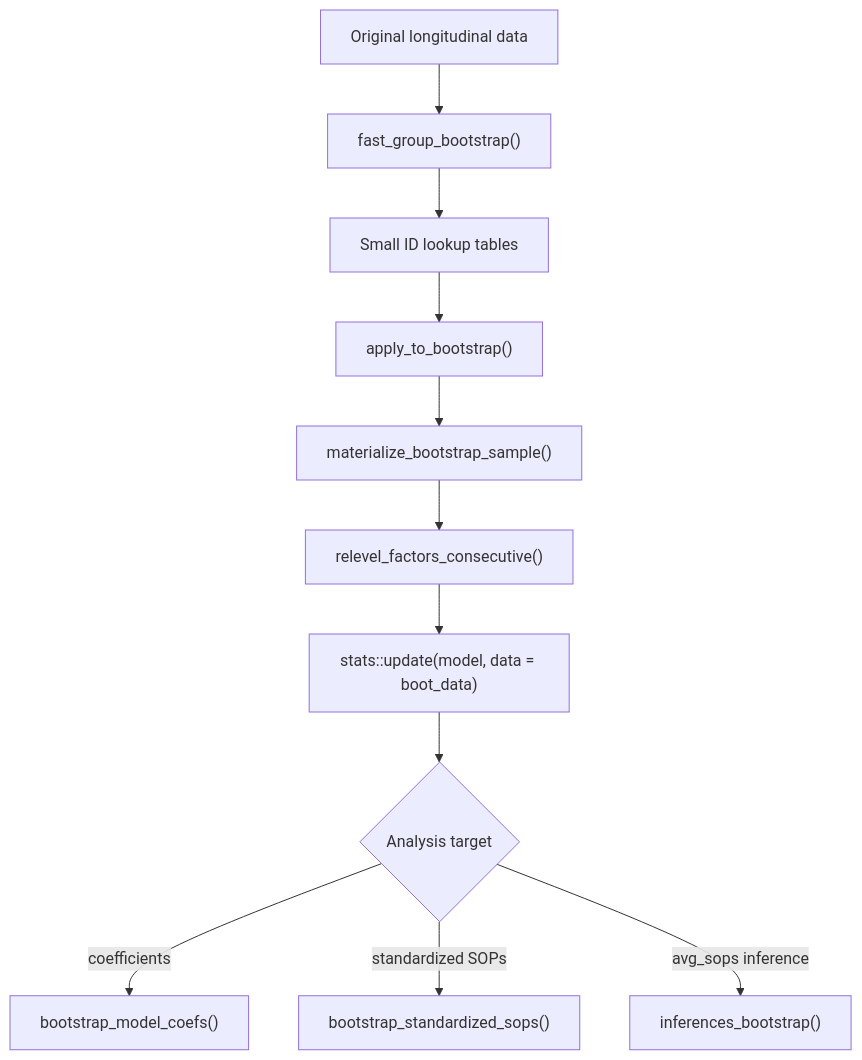
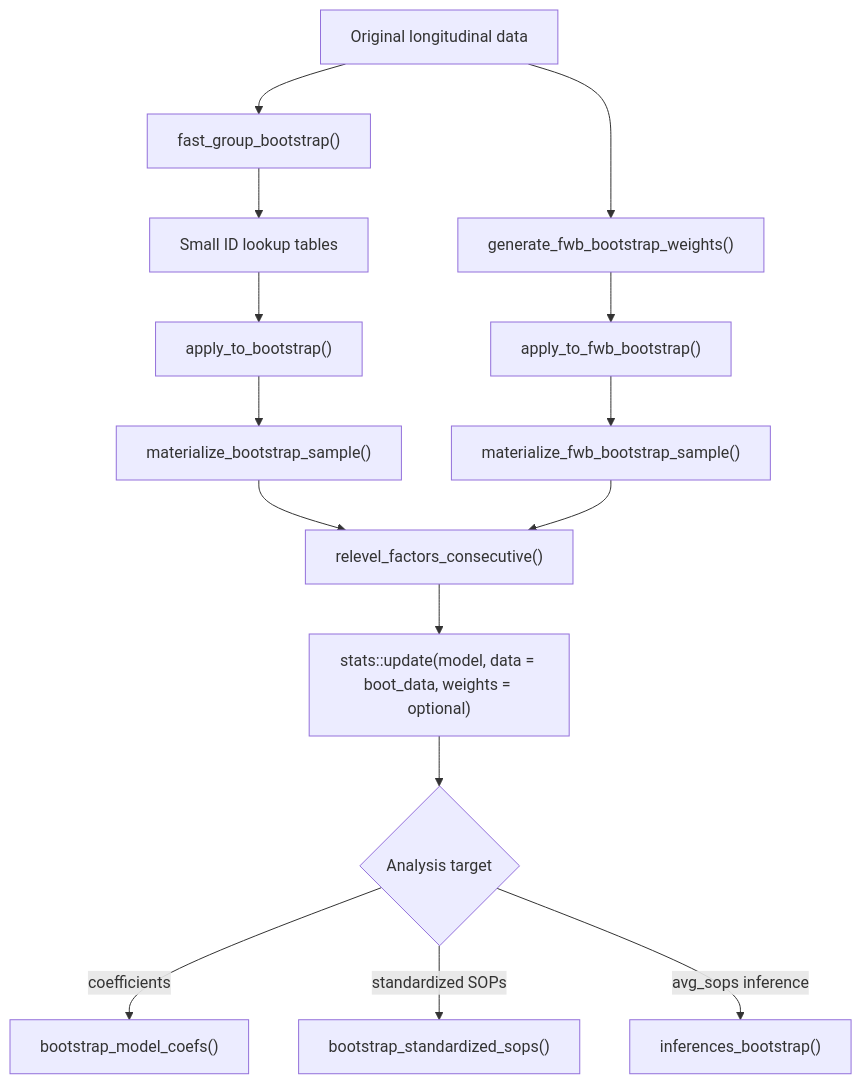
The sixth of 6 diagrams in ARCHITECTURE.md (scjohannes/markov.misc), drawn with Mermaid before and after one commit. The commit also changed other lines of this file and 14 other files, not shown here.

````diff
--- a/ARCHITECTURE.md
+++ b/ARCHITECTURE.md
@@ -456,13 +462,17 @@
 ```mermaid
 flowchart TD
   DATA["Original longitudinal data"] --> IDS["fast_group_bootstrap()"]
+  DATA --> FWB_IDS["generate_fwb_bootstrap_weights()"]
   IDS --> LOOKUP["Small ID lookup tables"]
   LOOKUP --> APPLY["apply_to_bootstrap()"]
   APPLY --> MATERIALIZE["materialize_bootstrap_sample()"]
+  FWB_IDS --> FWB_APPLY["apply_to_fwb_bootstrap()"]
+  FWB_APPLY --> FWB_MATERIALIZE["materialize_fwb_bootstrap_sample()"]
   MATERIALIZE --> RELEVEL["relevel_factors_consecutive()"]
-  RELEVEL --> REFIT["stats::update(model, data = boot_data)"]
+  FWB_MATERIALIZE --> RELEVEL
+  RELEVEL --> REFIT["stats::update(model, data = boot_data, weights = optional)"]
   REFIT --> ANALYSIS{"Analysis target"}
   ANALYSIS -- "coefficients" --> COEF["bootstrap_model_coefs()"]
   ANALYSIS -- "standardized SOPs" --> SOP["bootstrap_standardized_sops()"]
   ANALYSIS -- "avg_sops inference" --> INF["inferences_bootstrap()"]
 ```
````
